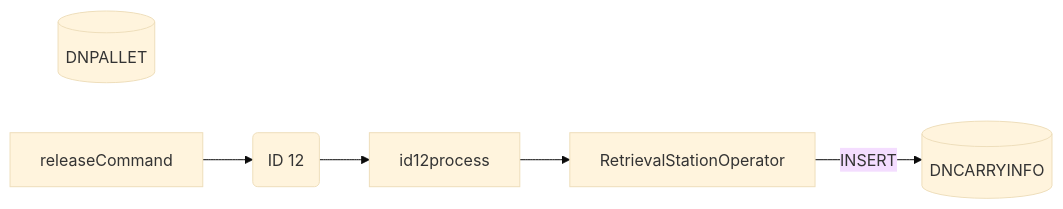
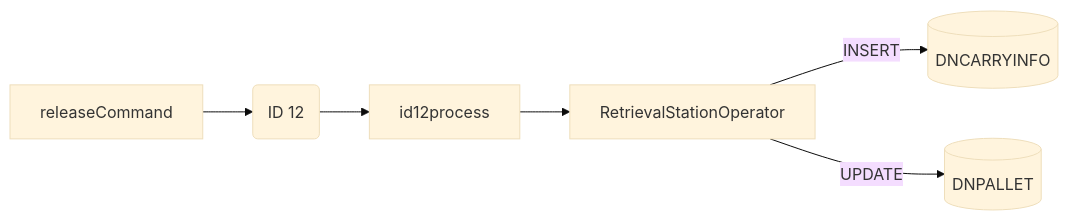
Before and after one commit to luthfiadityaa/SimeDarby-Wiki: the fourth of 10 diagrams in Basic-Design/DFD-WMS/Retrieval/Unplanned-Retrieval-to-HP-Area.md, drawn with Mermaid (base theme).

Commit message:
Updated Unplanned Retrieval to HP Area

```diff
--- a/Basic-Design/DFD-WMS/Retrieval/Unplanned-Retrieval-to-HP-Area.md
+++ b/Basic-Design/DFD-WMS/Retrieval/Unplanned-Retrieval-to-HP-Area.md
@@ -196,20 +196,21 @@
 ::: mermaid
 flowchart LR
 
 id26msg("
 ID 12
 ")
 
 id26-insert[("
 DNCARRYINFO
 ")]
 
 id26-update[("
 DNPALLET
 ")]
 
 inoutstationoperator[RetrievalStationOperator]
 
 releaseCommand-->id26msg-->id12process-->inoutstationoperator
 inoutstationoperator--> |INSERT| id26-insert
+inoutstationoperator--> |UPDATE| id26-update
 :::
```
